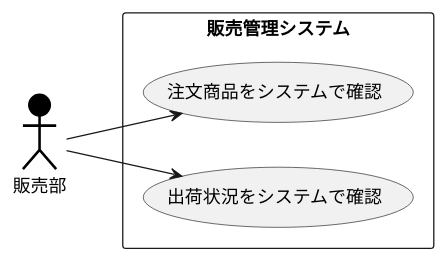
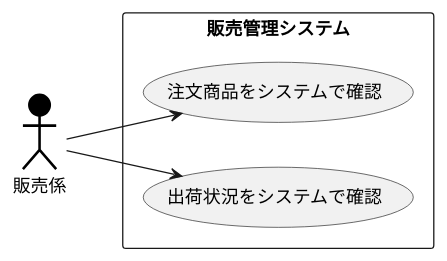
The diagram in 演習2-5_盛岡商事_販売管理システム.pu (kou-hei/uml-introduction), drawn with PlantUML before and after one commit. The commit also changed 1 other file, not shown here.

```diff
--- a/演習2-5_盛岡商事_販売管理システム.pu
+++ b/演習2-5_盛岡商事_販売管理システム.pu
@@ -1,10 +1,10 @@
 @startuml 販売
 left to right direction
-actor 販売部 #000000;line:Black;line.bold;
+actor 販売係 #000000;line:Black;line.bold;
 rectangle 販売管理システム {
 usecase 注文商品をシステムで確認
 usecase 出荷状況をシステムで確認
 }
-販売部 --> 注文商品をシステムで確認
-販売部 --> 出荷状況をシステムで確認
+販売係 --> 注文商品をシステムで確認
+販売係 --> 出荷状況をシステムで確認
 @enduml
```
